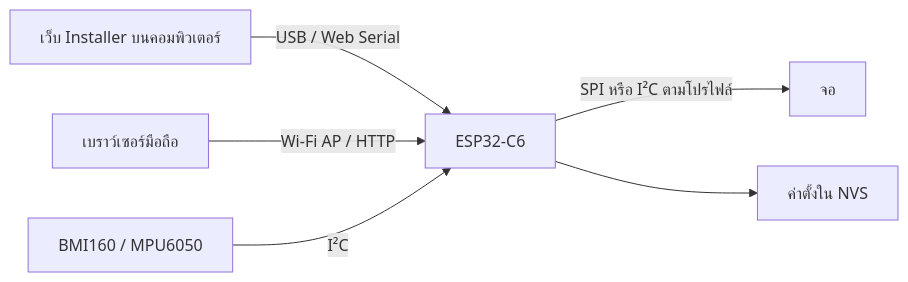
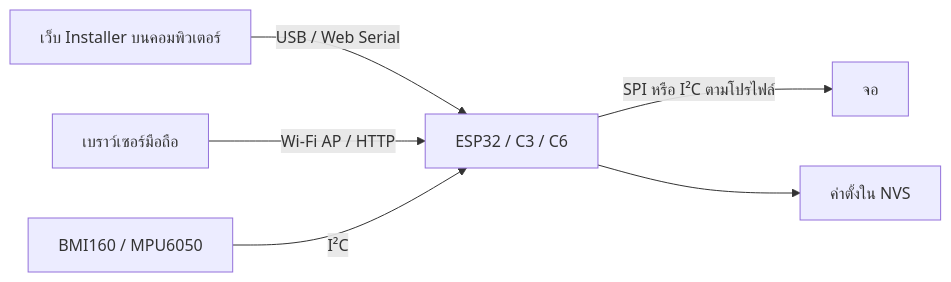
The diagram in docs/PLAN.md (Ttawannn/esp32-tilt-toy), drawn with Mermaid before and after one commit. The commit also changed other lines of this file and 53 other files, not shown here.

````diff
--- a/docs/PLAN.md
+++ b/docs/PLAN.md
@@ -29,8 +29,8 @@
 ```mermaid
 flowchart LR
-  Installer[เว็บ Installer บนคอมพิวเตอร์] -->|USB / Web Serial| C6[ESP32-C6]
+  Installer[เว็บ Installer บนคอมพิวเตอร์] -->|USB / Web Serial| C6[ESP32 / C3 / C6]
   Phone[เบราว์เซอร์มือถือ] -->|Wi-Fi AP / HTTP| C6
   IMU[BMI160 / MPU6050] -->|I²C| C6
   C6 -->|SPI หรือ I²C ตามโปรไฟล์| Screen[จอ]
   C6 --> NVS[ค่าตั้งใน NVS]
 ```
````
